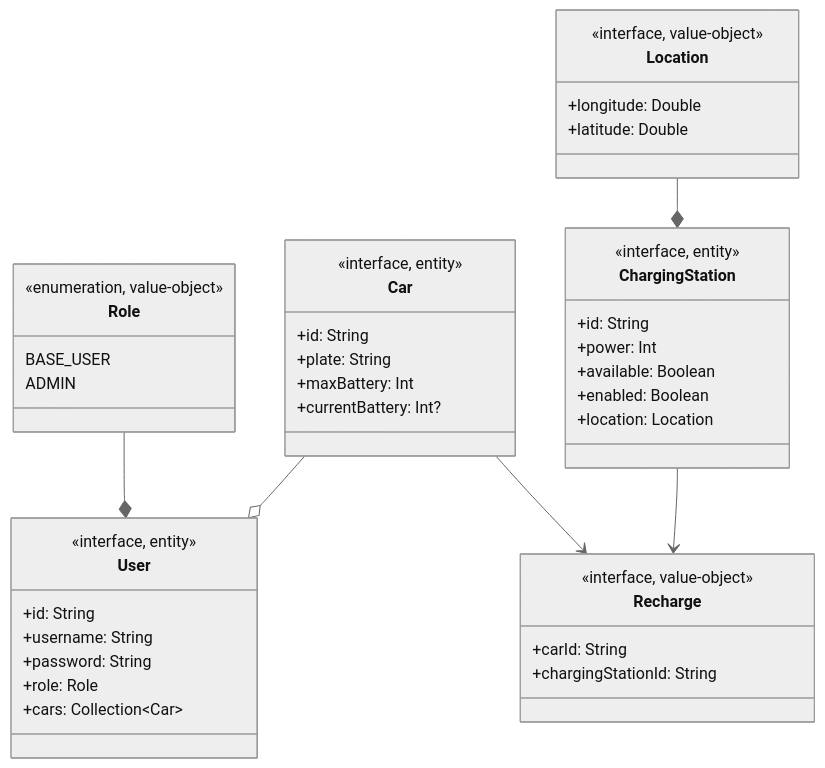
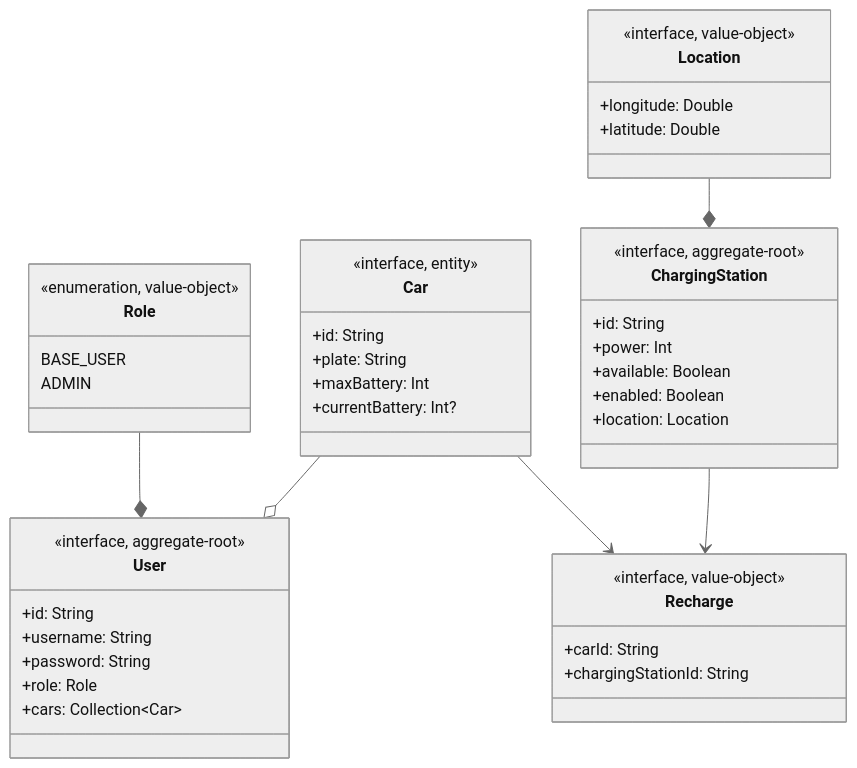
The second of 2 diagrams in docs/ddd.md (ChargeAndTrack/backend-spe), drawn with Mermaid (neutral theme) before and after one commit. The commit also changed other lines of this file and 2 other files, not shown here.

Commit message:
docs(report): write architecture page and extend building blocks description in ddd page

````diff
--- a/docs/ddd.md
+++ b/docs/ddd.md
@@ -48,51 +48,51 @@
 ```mermaid
 ---
 config:
   class:
     hideEmptyMembersBox: true
 ---
 classDiagram
     class User {
-        <<interface, entity>>
+        <<interface, aggregate-root>>
         +id: String
         +username: String
         +password: String
         +role: Role
         +cars: Collection~Car~
     }
     class Role {
         <<enumeration, value-object>>
         BASE_USER
         ADMIN
     }
     class Car {
         <<interface, entity>>
         +id: String
         +plate: String
         +maxBattery: Int
         +currentBattery: Int?
     }
     class ChargingStation {
-        <<interface, entity>>
+        <<interface, aggregate-root>>
         +id: String
         +power: Int
         +available: Boolean
         +enabled: Boolean
         +location: Location
     }
     class Location {
         <<interface, value-object>>
         +longitude: Double
         +latitude: Double
     }
     class Recharge {
         <<interface, value-object>>
         +carId: String
         +chargingStationId: String
     }
     Role --* User
     Car --o User
     Location --* ChargingStation
     Car --> Recharge
     ChargingStation --> Recharge
 ```
````
